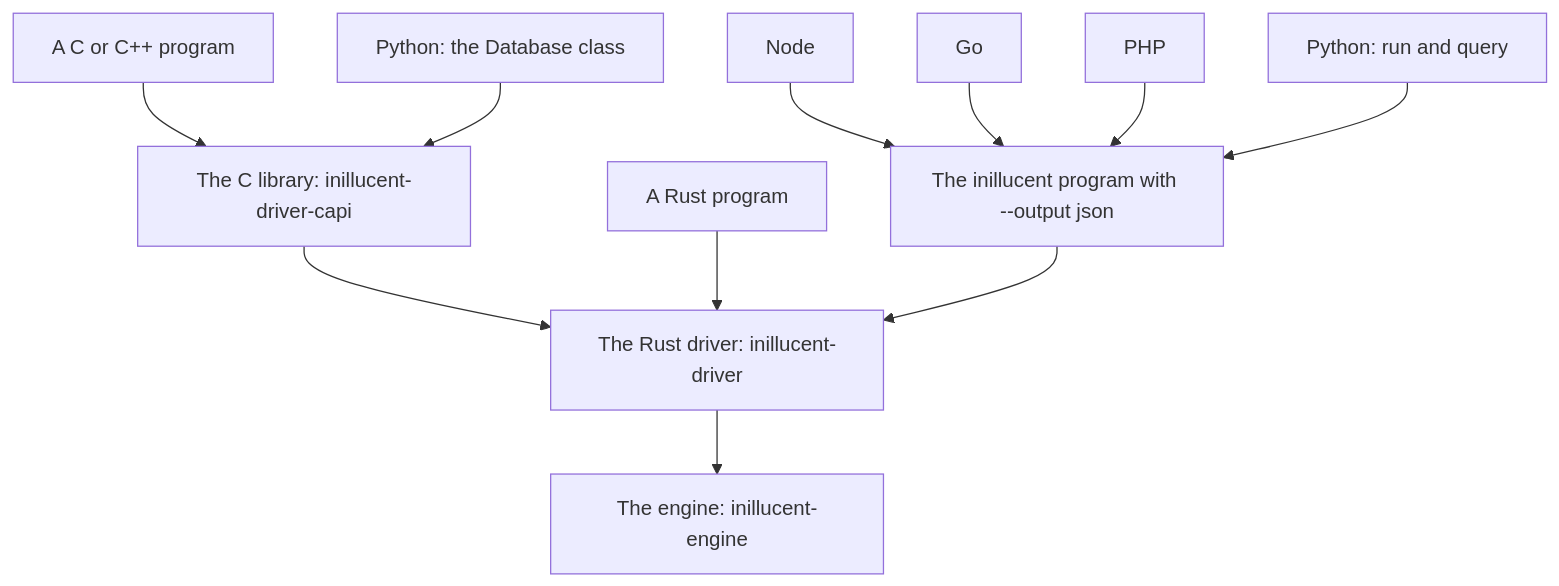
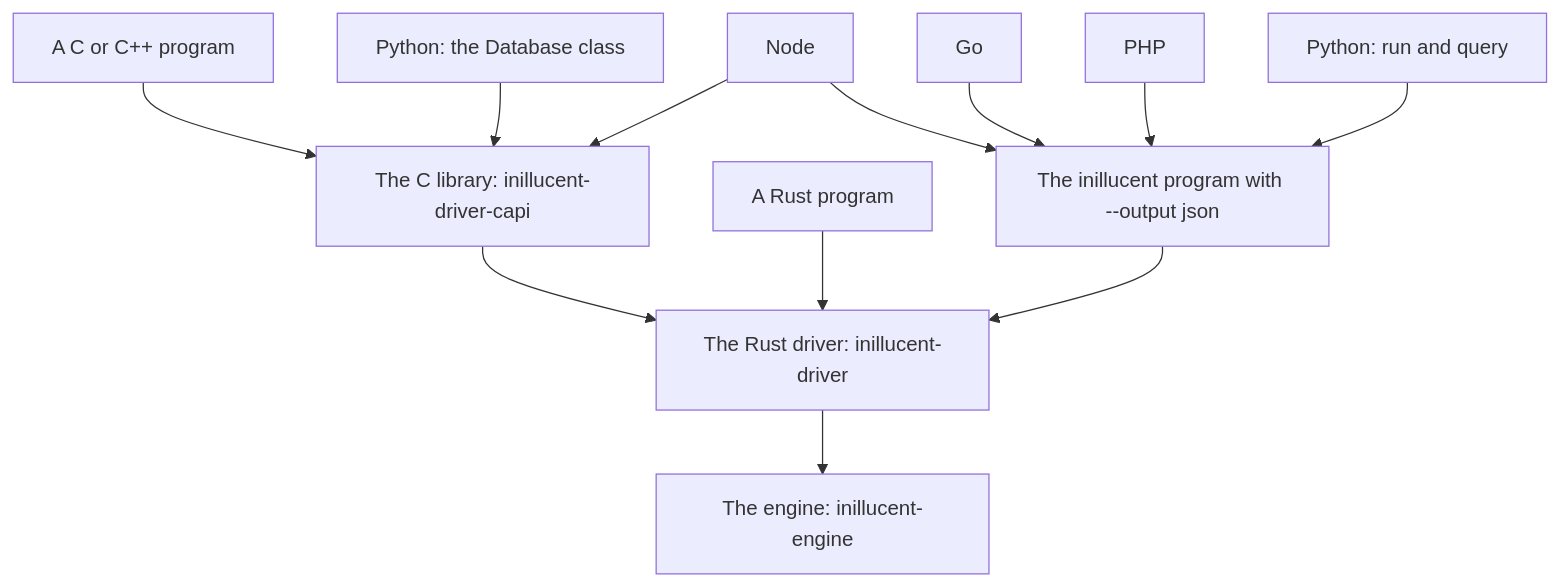
One commit to Black-Rainbow-Labs/Inillucent changed the diagram in drivers/README.md. Above: the diagram before and after it, drawn with Mermaid. The commit also changed other lines of this file and 166 other files, not shown here.

````diff
--- a/drivers/README.md
+++ b/drivers/README.md
@@ -26,13 +26,14 @@
 ```mermaid
 flowchart TB
     C["A C or C++ program"] --> CAPI["The C library: inillucent-driver-capi"]
     PY["Python: the Database class"] --> CAPI
     CAPI --> DRV["The Rust driver: inillucent-driver"]
     RUST["A Rust program"] --> DRV
-    NODE["Node"] --> CLI["The inillucent program with --output json"]
+    NODE["Node"] --> CAPI
+    NODE --> CLI["The inillucent program with --output json"]
     GO["Go"] --> CLI
     PHP["PHP"] --> CLI
     PYRUN["Python: run and query"] --> CLI
     CLI --> DRV
     DRV --> ENG["The engine: inillucent-engine"]
 ```
````
